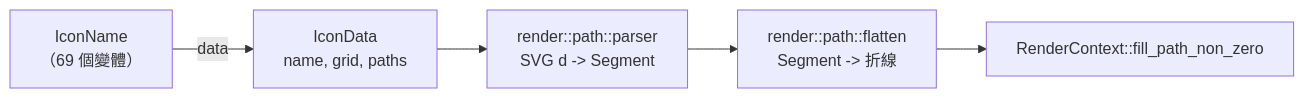
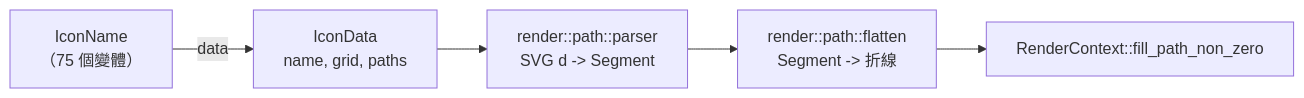
One commit to mikewolfli/rust-widgets changed the sixth of 6 diagrams in cookbook/zh-TW/src/chapters/architecture.md. Above: the diagram before and after it, drawn with Mermaid. The commit also changed other lines of this file and 139 other files, not shown here.

````diff
--- a/cookbook/zh-TW/src/chapters/architecture.md
+++ b/cookbook/zh-TW/src/chapters/architecture.md
@@ -887,13 +887,13 @@
 ```mermaid
 graph LR
-    ENUM["IconName<br/>（69 個變體）"]
+    ENUM["IconName<br/>（75 個變體）"]
     DATA["IconData<br/>name, grid, paths"]
     PARSE["render::path::parser<br/>SVG d -> Segment"]
     FLAT["render::path::flatten<br/>Segment -> 折線"]
     FILL["RenderContext::fill_path_non_zero"]
 
     ENUM -->|data| DATA
     DATA --> PARSE
     PARSE --> FLAT
     FLAT --> FILL
 ```
````
